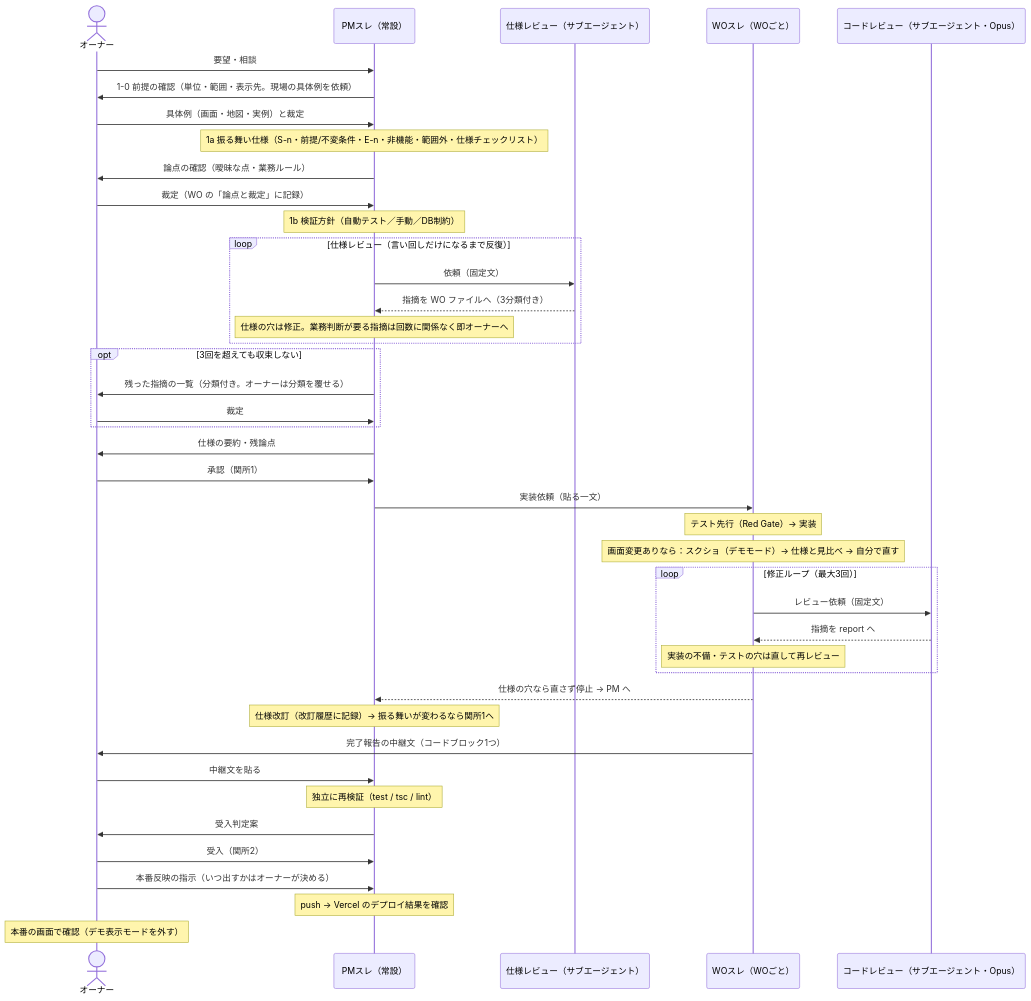
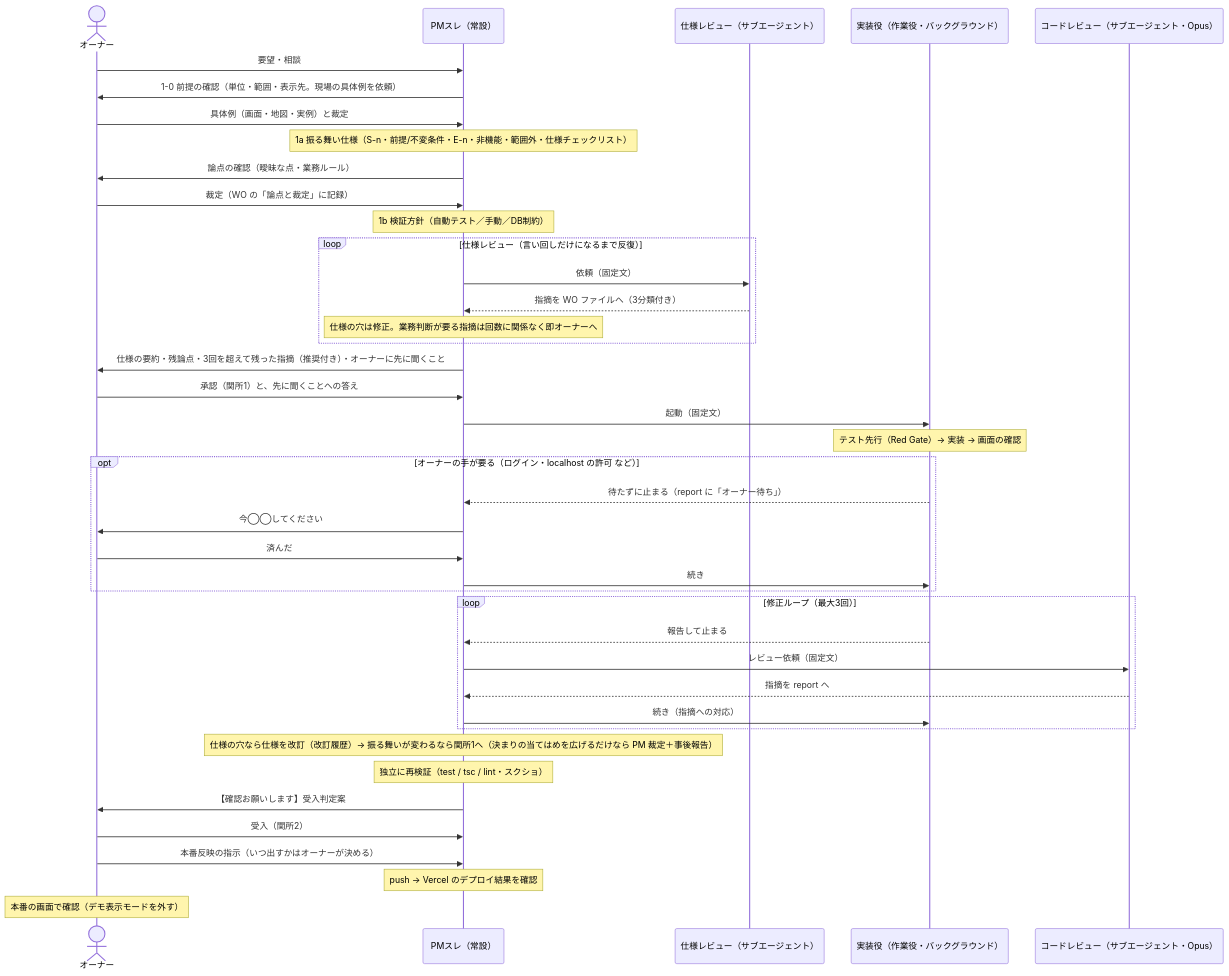
Before and after one commit to mikanoooosub-commits/flyer-tracker: the diagram in work-orders/README.md, drawn with Mermaid. The commit also changed other lines of this file and 6 other files, not shown here.

````diff
--- a/work-orders/README.md
+++ b/work-orders/README.md
@@ -27,45 +32,44 @@
 ```mermaid
 sequenceDiagram
     actor O as オーナー
     participant PM as PMスレ（常設）
     participant SR as 仕様レビュー（サブエージェント）
-    participant WO as WOスレ（WOごと）
+    participant IM as 実装役（作業役・バックグラウンド）
     participant CR as コードレビュー（サブエージェント・Opus）
 
     O->>PM: 要望・相談
     PM->>O: 1-0 前提の確認（単位・範囲・表示先。現場の具体例を依頼）
     O->>PM: 具体例（画面・地図・実例）と裁定
     Note over PM: 1a 振る舞い仕様（S-n・前提/不変条件・E-n・非機能・範囲外・仕様チェックリスト）
     PM->>O: 論点の確認（曖昧な点・業務ルール）
     O->>PM: 裁定（WO の「論点と裁定」に記録）
     Note over PM: 1b 検証方針（自動テスト／手動／DB制約）
     loop 仕様レビュー（言い回しだけになるまで反復）
         PM->>SR: 依頼（固定文）
         SR-->>PM: 指摘を WO ファイルへ（3分類付き）
         Note over PM: 仕様の穴は修正。業務判断が要る指摘は回数に関係なく即オーナーへ
     end
-    opt 3回を超えても収束しない
-        PM->>O: 残った指摘の一覧（分類付き。オーナーは分類を覆せる）
-        O->>PM: 裁定
+    PM->>O: 仕様の要約・残論点・3回を超えて残った指摘（推奨付き）・オーナーに先に聞くこと
+    O->>PM: 承認（関所1）と、先に聞くことへの答え
+    PM->>IM: 起動（固定文）
+    Note over IM: テスト先行（Red Gate）→ 実装 → 画面の確認
+    opt オーナーの手が要る（ログイン・localhost の許可 など）
+        IM-->>PM: 待たずに止まる（report に「オーナー待ち」）
+        PM->>O: 今◯◯してください
+        O->>PM: 済んだ
+        PM->>IM: 続き
     end
-    PM->>O: 仕様の要約・残論点
-    O->>PM: 承認（関所1）
-    PM->>WO: 実装依頼（貼る一文）
-    Note over WO: テスト先行（Red Gate）→ 実装
-    Note over WO: 画面変更ありなら：スクショ（デモモード）→ 仕様と見比べ → 自分で直す
     loop 修正ループ（最大3回）
-        WO->>CR: レビュー依頼（固定文）
-        CR-->>WO: 指摘を report へ
-        Note over WO: 実装の不備・テストの穴は直して再レビュー
+        IM-->>PM: 報告して止まる
+        PM->>CR: レビュー依頼（固定文）
+        CR-->>PM: 指摘を report へ
+        PM->>IM: 続き（指摘への対応）
     end
-    WO-->>PM: 仕様の穴なら直さず停止 → PM へ
-    Note over PM: 仕様改訂（改訂履歴に記録）→ 振る舞いが変わるなら関所1へ
-    WO->>O: 完了報告の中継文（コードブロック1つ）
-    O->>PM: 中継文を貼る
-    Note over PM: 独立に再検証（test / tsc / lint）
-    PM->>O: 受入判定案
+    Note over PM: 仕様の穴なら仕様を改訂（改訂履歴）→ 振る舞いが変わるなら関所1へ（決まりの当てはめを広げるだけなら PM 裁定＋事後報告）
+    Note over PM: 独立に再検証（test / tsc / lint・スクショ）
+    PM->>O: 【確認お願いします】受入判定案
     O->>PM: 受入（関所2）
     O->>PM: 本番反映の指示（いつ出すかはオーナーが決める）
     Note over PM: push → Vercel のデプロイ結果を確認
     Note over O: 本番の画面で確認（デモ表示モードを外す）
 ```
````
